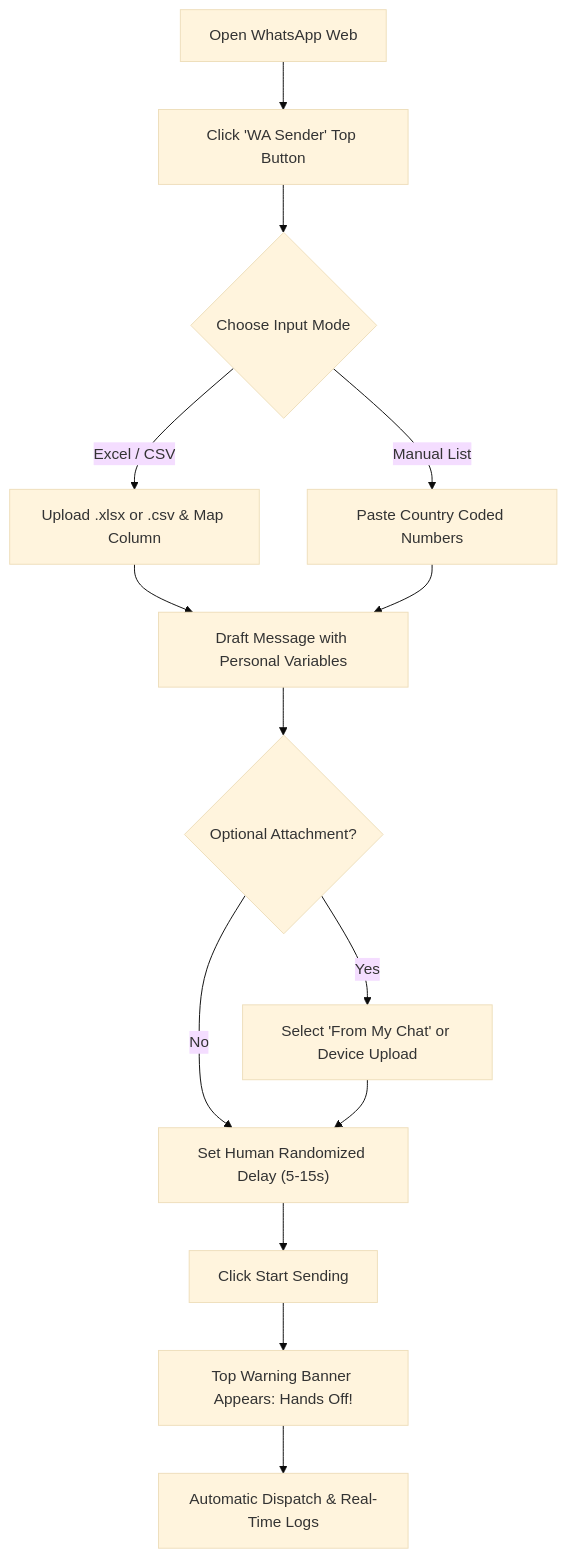
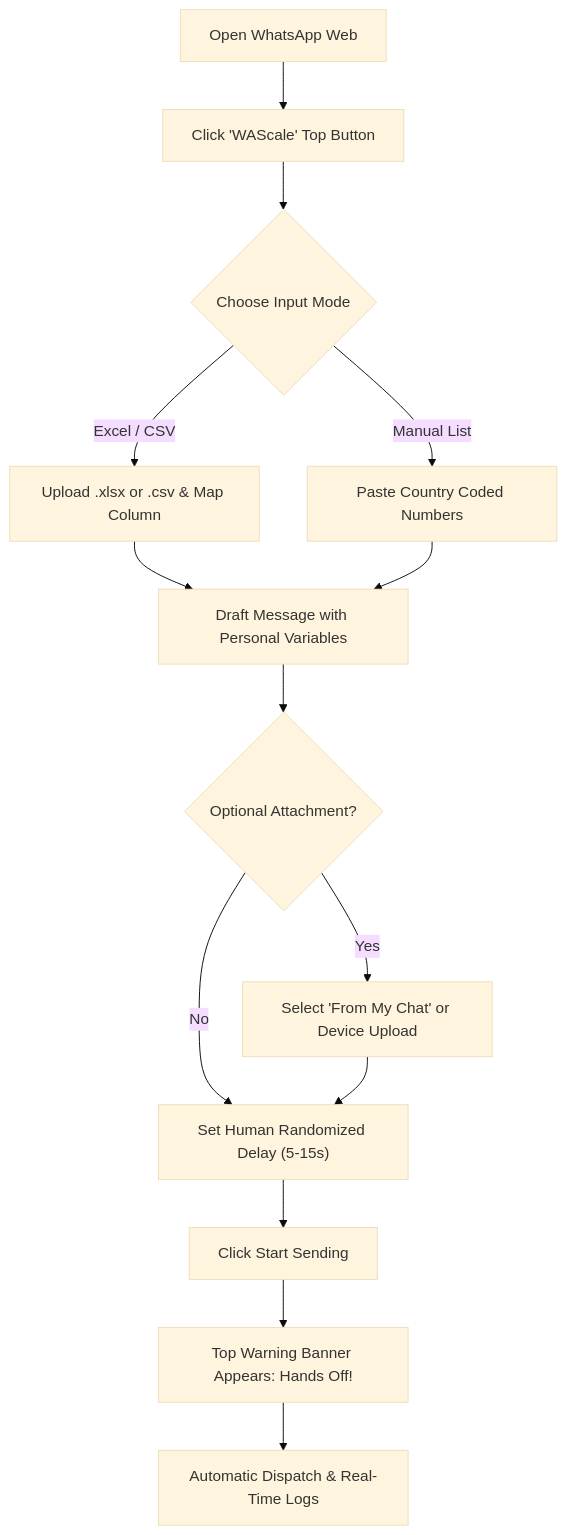
One commit to sebastianlezcanod-ui/Automatizar-WhatsApp-ES changed the diagram in README.md. Above: the diagram before and after it, drawn with Mermaid (base theme). The commit also changed other lines of this file and 23 other files, not shown here.

````diff
--- a/README.md
+++ b/README.md
@@ -92,16 +94,16 @@
 ```mermaid
 flowchart TD
-    A["Open WhatsApp Web"] --> B["Click 'WA Sender' Top Button"]
+    A["Open WhatsApp Web"] --> B["Click 'WAScale' Top Button"]
     B --> C{"Choose Input Mode"}
     C -->|"Excel / CSV"| D["Upload .xlsx or .csv & Map Column"]
     C -->|"Manual List"| E["Paste Country Coded Numbers"]
     D --> F["Draft Message with Personal Variables"]
     E --> F
     F --> G{"Optional Attachment?"}
     G -->|"Yes"| H["Select 'From My Chat' or Device Upload"]
     G -->|"No"| I["Set Human Randomized Delay (5-15s)"]
     H --> I
     I --> J["Click Start Sending"]
     J --> K["Top Warning Banner Appears: Hands Off!"]
     K --> L["Automatic Dispatch & Real-Time Logs"]
 ```
````
